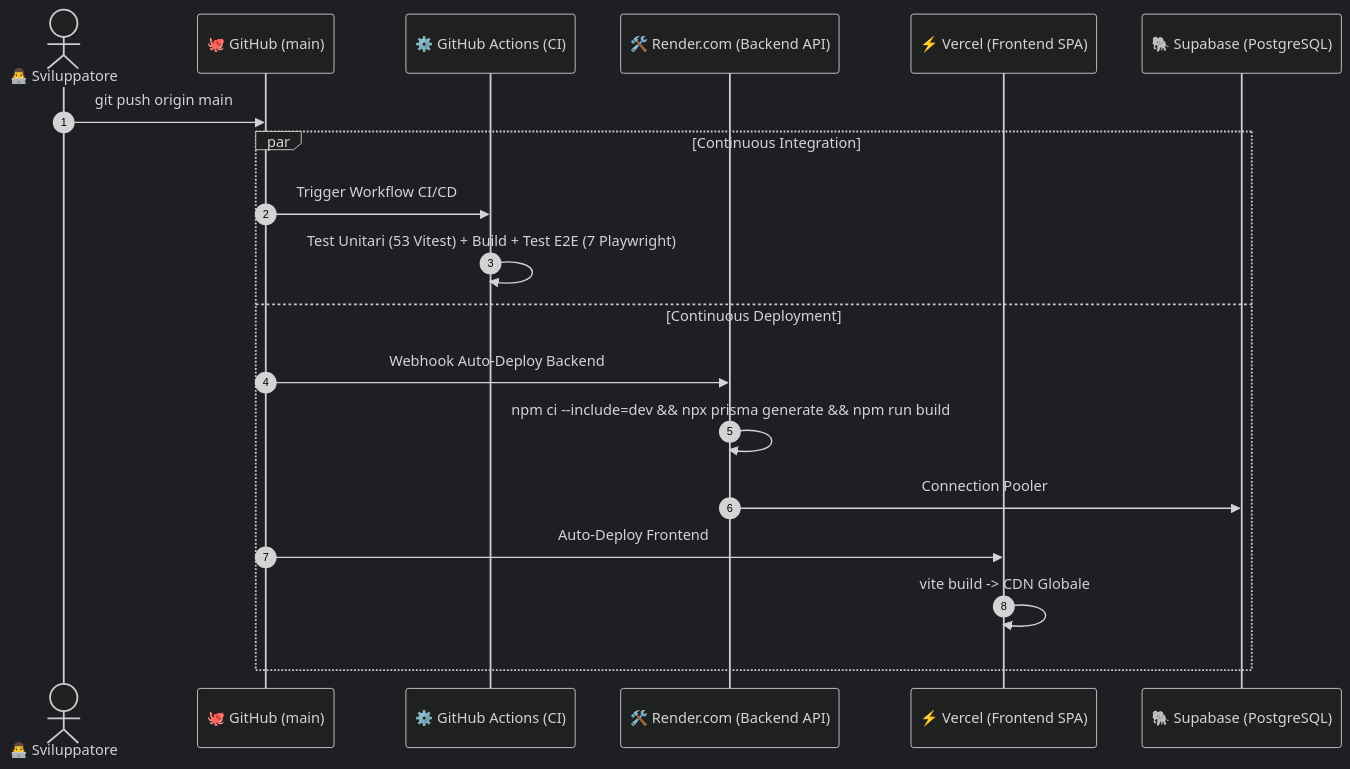
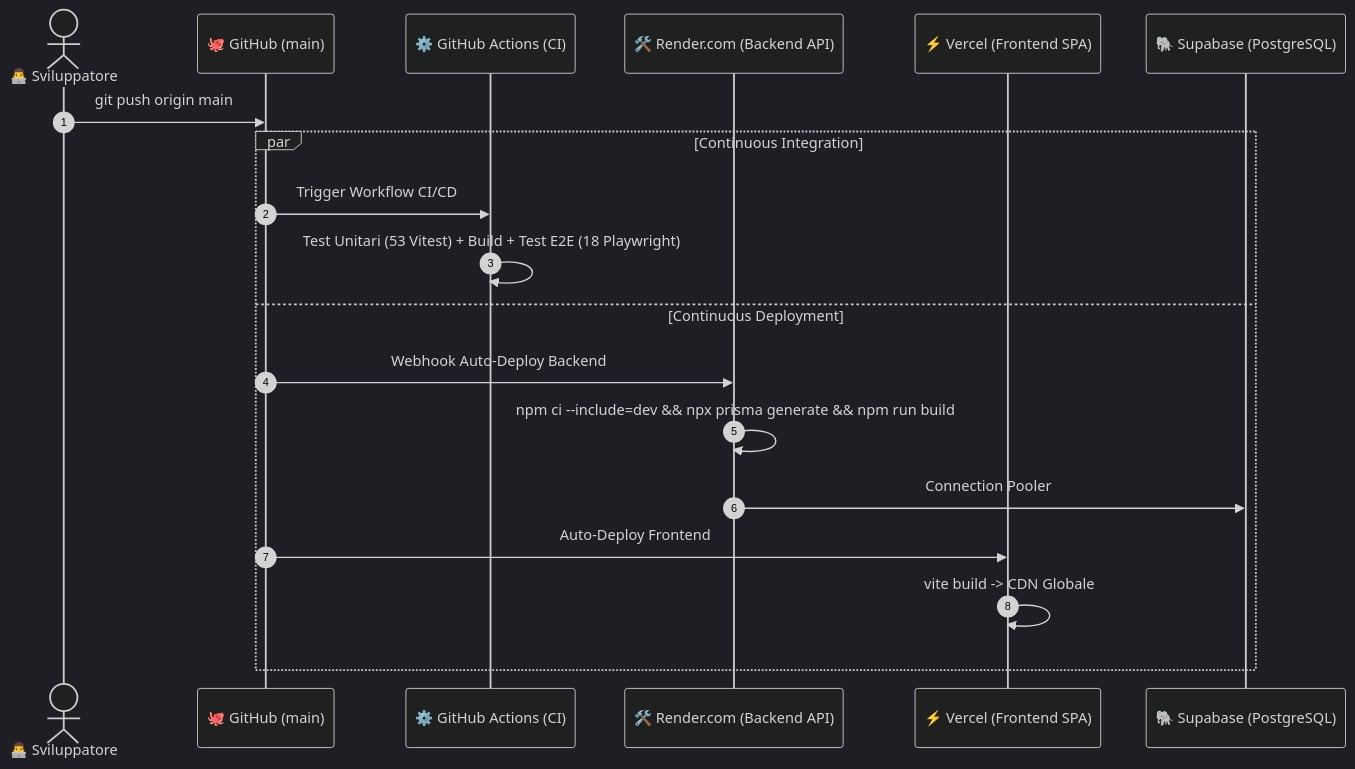
Before and after one commit to LucaBarrella/RoadToUnina: the diagram in README.md, drawn with Mermaid (dark theme). The commit also changed other lines of this file and 8 other files, not shown here.

Commit message:
feat(test): add 18 Playwright E2E tests with Boris, antirez, AI, and UX suites

````diff
--- a/README.md
+++ b/README.md
@@ -62,22 +62,22 @@
 ```mermaid
 sequenceDiagram
     autonumber
     actor Dev as 👨‍💻 Sviluppatore
     participant Git as 🐙 GitHub (main)
     participant GHA as ⚙️ GitHub Actions (CI)
     participant Ren as 🛠️ Render.com (Backend API)
     participant Ver as ⚡ Vercel (Frontend SPA)
     participant DB as 🐘 Supabase (PostgreSQL)
 
     Dev->>Git: git push origin main
     par Continuous Integration
         Git->>GHA: Trigger Workflow CI/CD
-        GHA->>GHA: Test Unitari (53 Vitest) + Build + Test E2E (7 Playwright)
+        GHA->>GHA: Test Unitari (53 Vitest) + Build + Test E2E (18 Playwright)
     and Continuous Deployment
         Git->>Ren: Webhook Auto-Deploy Backend
         Ren->>Ren: npm ci --include=dev && npx prisma generate && npm run build
         Ren->>DB: Connection Pooler
         Git->>Ver: Auto-Deploy Frontend
         Ver->>Ver: vite build -> CDN Globale
     end
 ```
````
